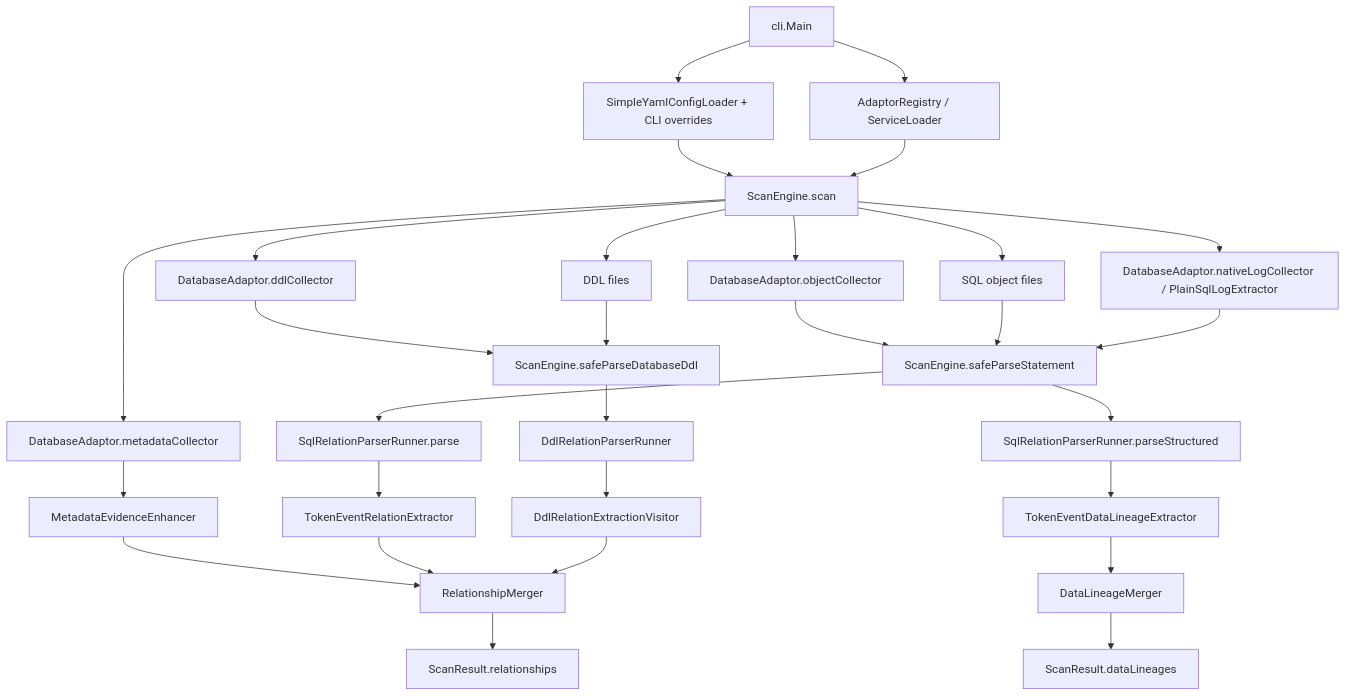
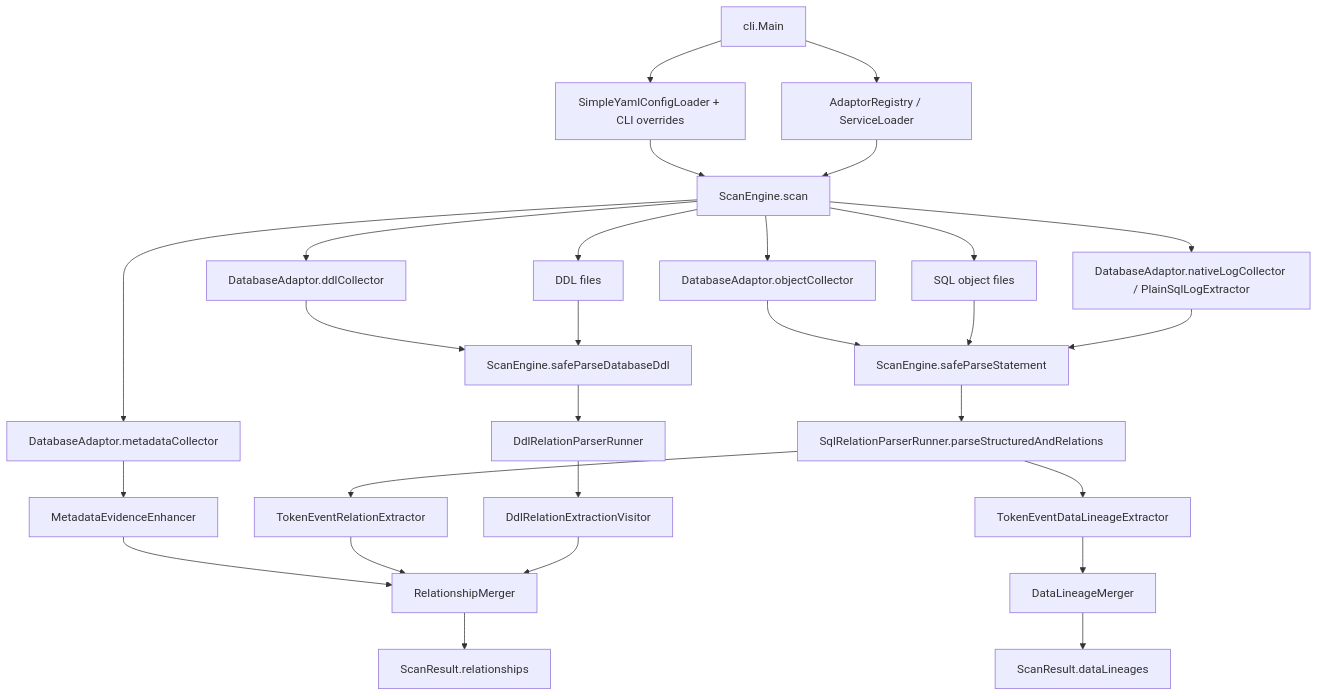
The second of 7 diagrams in docs/design/relation-detector/phase-06-parser-enhancement.md (xiaoguang/relation-detector), drawn with Mermaid before and after one commit. The commit also changed other lines of this file and 26 other files, not shown here.

````diff
--- a/docs/design/relation-detector/phase-06-parser-enhancement.md
+++ b/docs/design/relation-detector/phase-06-parser-enhancement.md
@@ -230,42 +230,41 @@
 ```mermaid
 flowchart TD
   entry["cli.Main"]
   config["SimpleYamlConfigLoader + CLI overrides"]
   registry["AdaptorRegistry / ServiceLoader<DatabaseAdaptor>"]
   engine["ScanEngine.scan"]
 
   entry --> config
   entry --> registry
   config --> engine
   registry --> engine
 
   engine --> meta["DatabaseAdaptor.metadataCollector"]
   engine --> dbDdl["DatabaseAdaptor.ddlCollector"]
   engine --> obj["DatabaseAdaptor.objectCollector"]
   engine --> log["DatabaseAdaptor.nativeLogCollector / PlainSqlLogExtractor"]
   engine --> fileDdl["DDL files"]
   engine --> objectFiles["SQL object files"]
 
   meta --> enhancer["MetadataEvidenceEnhancer"]
   dbDdl --> ddlSafe["ScanEngine.safeParseDatabaseDdl"]
   fileDdl --> ddlSafe
   obj --> sqlSafe["ScanEngine.safeParseStatement"]
   objectFiles --> sqlSafe
   log --> sqlSafe
 
   ddlSafe --> ddlRunner["DdlRelationParserRunner"]
-  sqlSafe --> sqlStructured["SqlRelationParserRunner.parseStructured"]
-  sqlSafe --> sqlRelations["SqlRelationParserRunner.parse"]
+  sqlSafe --> sqlParsed["SqlRelationParserRunner.parseStructuredAndRelations"]
 
-  sqlStructured --> lineageExtractor["TokenEventDataLineageExtractor"]
-  sqlRelations --> relationExtractor["TokenEventRelationExtractor"]
+  sqlParsed --> lineageExtractor["TokenEventDataLineageExtractor"]
+  sqlParsed --> relationExtractor["TokenEventRelationExtractor"]
   ddlRunner --> ddlExtractor["DdlRelationExtractionVisitor"]
 
   enhancer --> relMerge["RelationshipMerger"]
   relationExtractor --> relMerge
   ddlExtractor --> relMerge
   lineageExtractor --> lineageMerge["DataLineageMerger"]
 
   relMerge --> result["ScanResult.relationships"]
   lineageMerge --> result2["ScanResult.dataLineages"]
 ```
````
